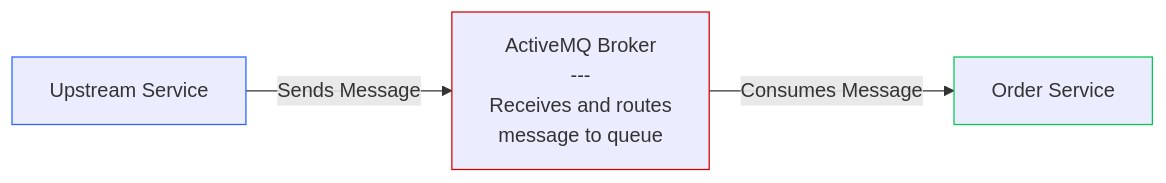
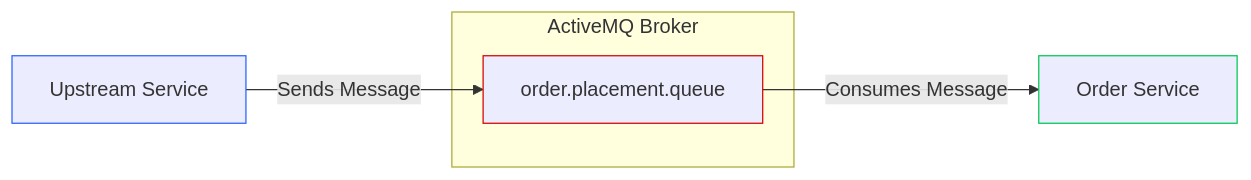
The third of 5 diagrams in tasks/Task_4.md (Waleed2660/springboot-learning-kit), drawn with Mermaid before and after one commit. The commit also changed other lines of this file and 15 other files, not shown here.

````diff
--- a/tasks/Task_4.md
+++ b/tasks/Task_4.md
@@ -50,9 +62,13 @@
 ```mermaid
 flowchart LR
-    A["Upstream Service"] -- Sends Message --> B["ActiveMQ Broker<br>---<br>Receives and routes<br>message to queue"]
+    A["Upstream Service"] -- Sends Message --> B["order.placement.queue"]
     B -- Consumes Message --> C["Order Service"]
+    
+    subgraph "ActiveMQ Broker"
+    B
+    end
     
     style A stroke:#2962FF
     style B stroke:#D50000
     style C stroke:#00C853
 ```
````
